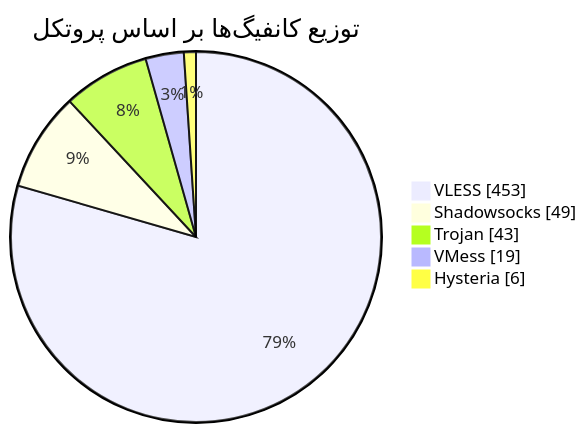
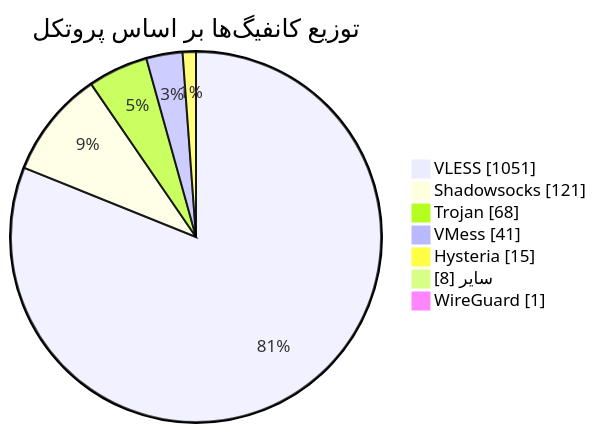
The diagram in README.md (Arian-Alijani/Somthing), drawn with Mermaid before and after one commit. The commit also changed other lines of this file and 103 other files, not shown here.

````diff
--- a/README.md
+++ b/README.md
@@ -47,9 +49,11 @@
 ```mermaid
 pie showData
     title توزیع کانفیگ‌ها بر اساس پروتکل
-    "VLESS" : 453
-    "Shadowsocks" : 49
-    "Trojan" : 43
-    "VMess" : 19
-    "Hysteria" : 6
+    "VLESS" : 1051
+    "Shadowsocks" : 121
+    "Trojan" : 68
+    "VMess" : 41
+    "Hysteria" : 15
+    "سایر" : 8
+    "WireGuard" : 1
 ```
````
